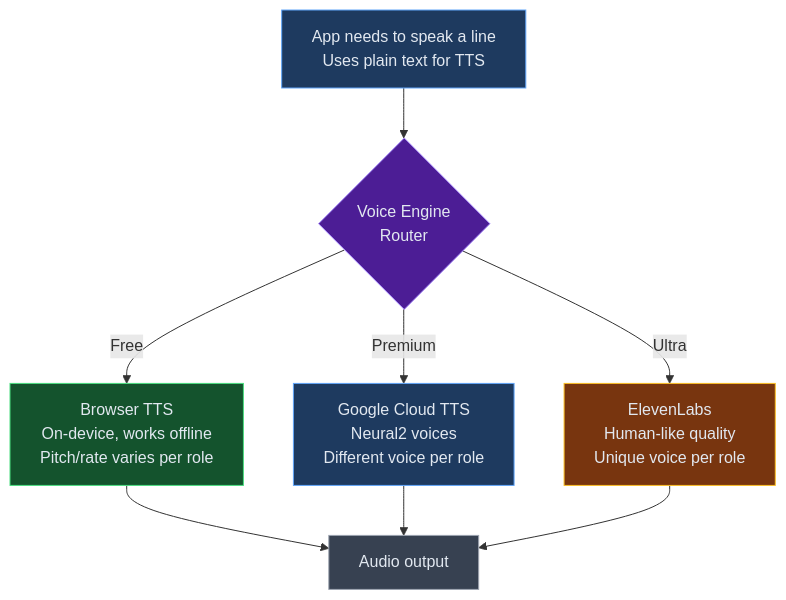
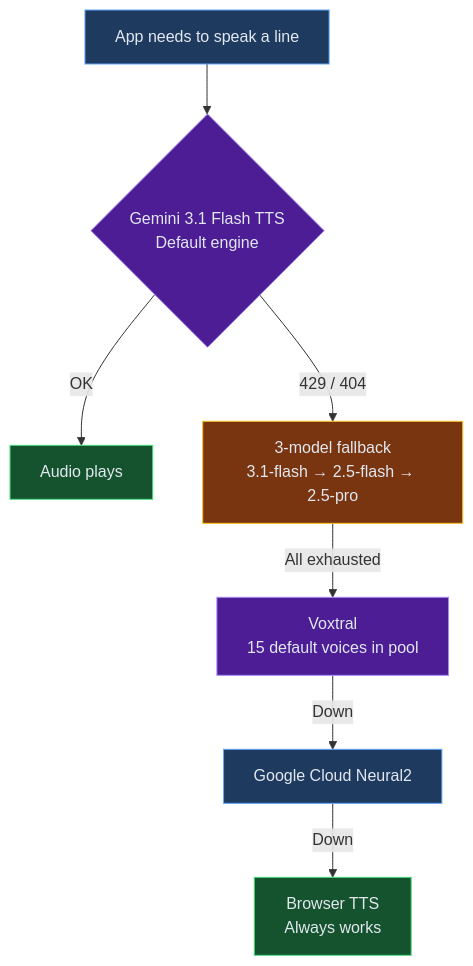
The eighth of 11 diagrams in docs/NOTION-HOW-TO.md (mcleods777/Masonic-Ritual-AI-Mentor), drawn with Mermaid before and after one commit. The commit also changed other lines of this file and 2 other files, not shown here.

````diff
--- a/docs/NOTION-HOW-TO.md
+++ b/docs/NOTION-HOW-TO.md
@@ -287,17 +292,17 @@
 ```mermaid
 flowchart TB
-    Need["App needs to speak a line\nUses plain text for TTS"] --> Router{"Voice Engine\nRouter"}
-    Router -->|"Free"| Browser["Browser TTS\nOn-device, works offline\nPitch/rate varies per role"]
-    Router -->|"Premium"| Google["Google Cloud TTS\nNeural2 voices\nDifferent voice per role"]
-    Router -->|"Ultra"| Eleven["ElevenLabs\nHuman-like quality\nUnique voice per role"]
-    Browser --> Audio["Audio output"]
-    Google --> Audio
-    Eleven --> Audio
+    Need["App needs to speak a line"] --> Gemini{"Gemini 3.1 Flash TTS\nDefault engine"}
+    Gemini -->|"OK"| Play["Audio plays"]
+    Gemini -->|"429 / 404"| Fallback["3-model fallback\n3.1-flash → 2.5-flash → 2.5-pro"]
+    Fallback -->|"All exhausted"| Voxtral["Voxtral\n15 default voices in pool"]
+    Voxtral -->|"Down"| GoogleCloud["Google Cloud Neural2"]
+    GoogleCloud -->|"Down"| Browser["Browser TTS\nAlways works"]
 
     style Need fill:#1e3a5f,stroke:#60a5fa,color:#e2e8f0
-    style Router fill:#4c1d95,stroke:#a78bfa,color:#e2e8f0
+    style Gemini fill:#4c1d95,stroke:#a78bfa,color:#e2e8f0
+    style Fallback fill:#78350f,stroke:#fbbf24,color:#e2e8f0
+    style Voxtral fill:#4c1d95,stroke:#a78bfa,color:#e2e8f0
+    style GoogleCloud fill:#1e3a5f,stroke:#60a5fa,color:#e2e8f0
     style Browser fill:#14532d,stroke:#4ade80,color:#e2e8f0
-    style Google fill:#1e3a5f,stroke:#60a5fa,color:#e2e8f0
-    style Eleven fill:#78350f,stroke:#fbbf24,color:#e2e8f0
-    style Audio fill:#374151,stroke:#9ca3af,color:#e2e8f0
+    style Play fill:#14532d,stroke:#4ade80,color:#e2e8f0
 ```
````
